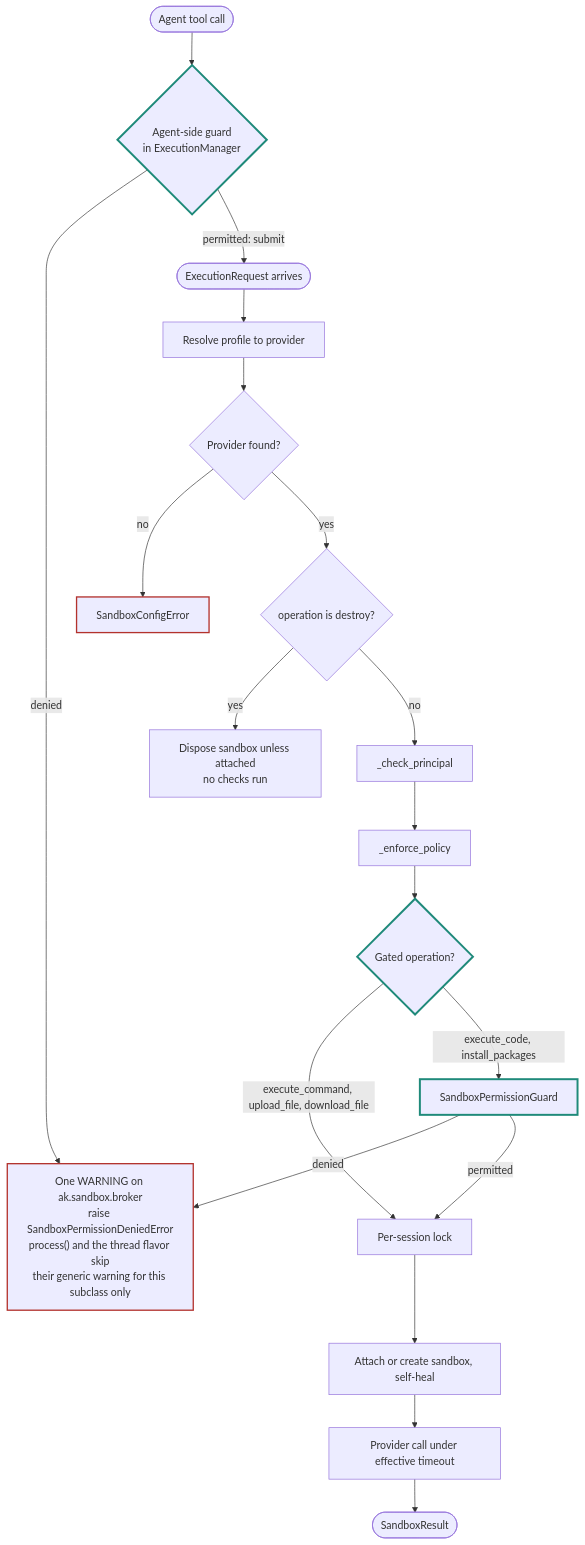
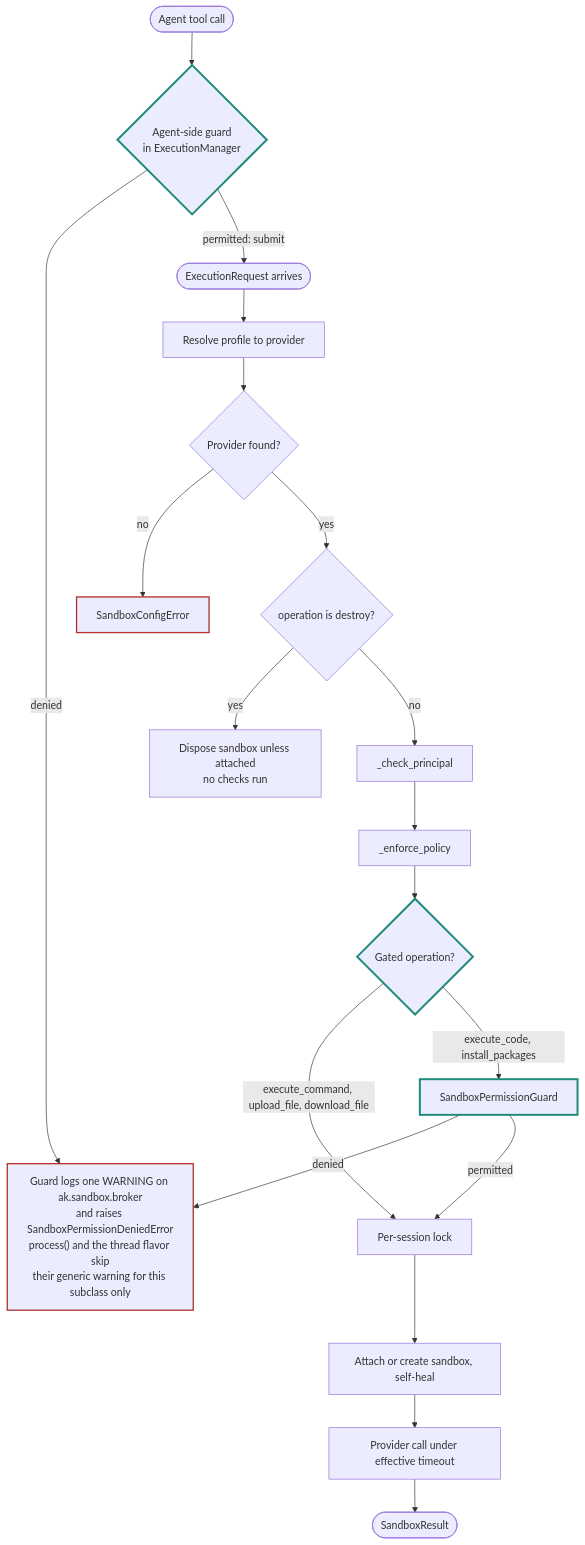
The first of 7 diagrams in docs/specs/692-sandbox-extended-permissions/research/diagrams.md (yaalalabs/agent-kernel), drawn with Mermaid before and after one commit. The commit also changed other lines of this file and 1 other file, not shown here.

Commit message:
docs: update design and diagrams for sandbox extended permissions, clarifying logging behavior and timeout handling

````diff
--- a/docs/specs/692-sandbox-extended-permissions/research/diagrams.md
+++ b/docs/specs/692-sandbox-extended-permissions/research/diagrams.md
@@ -15,25 +15,25 @@
 ```mermaid
 flowchart TD
   A(["Agent tool call"]) --> AG{"Agent-side guard<br/>in ExecutionManager"}
   AG -->|"denied"| DEN
   AG -->|"permitted: submit"| S(["ExecutionRequest arrives"])
   S --> R["Resolve profile to provider"]
   R --> RP{"Provider found?"}
   RP -->|"no"| CE["SandboxConfigError"]
   RP -->|"yes"| OP{"operation is destroy?"}
   OP -->|"yes"| DS["Dispose sandbox unless attached<br/>no checks run"]
   OP -->|"no"| P1["_check_principal"]
   P1 --> P2["_enforce_policy"]
   P2 --> GQ{"Gated operation?"}
   GQ -->|"execute_command, upload_file, download_file"| L
   GQ -->|"execute_code, install_packages"| G["SandboxPermissionGuard"]
-  G -->|"denied"| DEN["One WARNING on ak.sandbox.broker<br/>raise SandboxPermissionDeniedError<br/>process() and the thread flavor skip<br/>their generic warning for this subclass only"]
+  G -->|"denied"| DEN["Guard logs one WARNING on ak.sandbox.broker<br/>and raises SandboxPermissionDeniedError<br/>process() and the thread flavor skip<br/>their generic warning for this subclass only"]
   G -->|"permitted"| L["Per-session lock"]
   L --> AQ["Attach or create sandbox, self-heal"]
   AQ --> EX["Provider call under effective timeout"]
   EX --> RES(["SandboxResult"])
   classDef new stroke:#1f8a7a,stroke-width:3px
   classDef deny stroke:#b3322d,stroke-width:2px
   class AG,GQ,G new
   class DEN,CE deny
 ```
````
